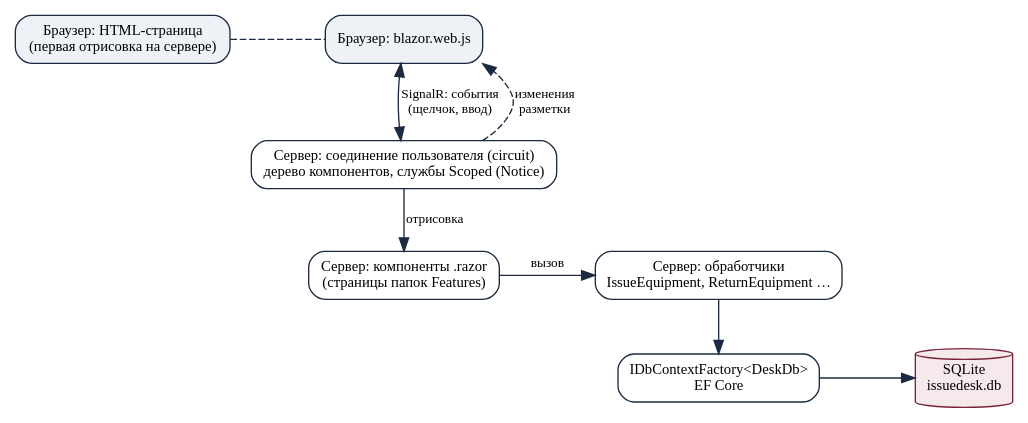
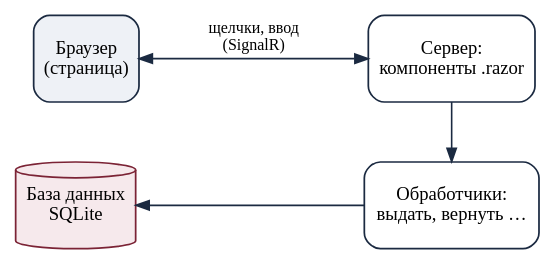
The diagram in docs/report/diagrams/blazor.dot (Black287234/KP-Nek), drawn with Graphviz before and after one commit. The commit also changed 15 other files, not shown here.

First line of the commit message:
Упрощены схемы, легенда к выделенному правилу, последний слайд — только «Спасибо за внимание»

```diff
--- a/docs/report/diagrams/blazor.dot
+++ b/docs/report/diagrams/blazor.dot
@@ -1,19 +1,13 @@
 digraph G {
-  graph [rankdir=TB, fontname="Liberation Serif", bgcolor=white, nodesep=0.5, ranksep=0.5];
-  node [shape=box, style="rounded,filled", fillcolor=white, color="#1b2a41", fontname="Liberation Serif", fontsize=11];
-  edge [fontname="Liberation Serif", fontsize=10, color="#1b2a41"];
-  dom [label="Браузер: HTML-страница\n(первая отрисовка на сервере)", fillcolor="#eef1f6"];
-  js [label="Браузер: blazor.web.js", fillcolor="#eef1f6"];
-  circ [label="Сервер: соединение пользователя (circuit)\nдерево компонентов, службы Scoped (Notice)"];
-  comp [label="Сервер: компоненты .razor\n(страницы папок Features)"];
-  hand [label="Сервер: обработчики\nIssueEquipment, ReturnEquipment …"];
-  ctx [label="IDbContextFactory<DeskDb>\nEF Core"];
-  db [label="SQLite\nissuedesk.db", shape=cylinder, fillcolor="#f6e9ec", color="#7b2335"];
-  {rank=same; dom; js}
-  {rank=same; comp; hand}
-  {rank=same; ctx; db}
-  dom -> js [style=dashed, arrowhead=none];
-  js -> circ [label=" SignalR: события\n (щелчок, ввод)", dir=both];
-  circ -> js [label=" изменения\n разметки", style=dashed, constraint=false];
-  circ -> comp [label=" отрисовка"]; comp -> hand [label=" вызов"]; hand -> ctx; ctx -> db;
+  graph [rankdir=TB, fontname="Liberation Serif", bgcolor=white, nodesep=1.2, ranksep=0.6];
+  node [shape=box, style="rounded,filled", fillcolor=white, color="#1b2a41", penwidth=1.3, fontname="Liberation Serif", fontsize=14, height=0.9];
+  edge [fontname="Liberation Serif", fontsize=12, color="#1b2a41", penwidth=1.2];
+  b [label="Браузер\n(страница)", fillcolor="#eef1f6"];
+  s [label="Сервер:\nкомпоненты .razor"];
+  h [label="Обработчики:\nвыдать, вернуть …"];
+  d [label="База данных\nSQLite", shape=cylinder, fillcolor="#f6e9ec", color="#7b2335"];
+  b -> s [label=" щелчки, ввод\n(SignalR) ", dir=both];
+  s -> h; d -> h [dir=back];
+  {rank=same; b; s}
+  {rank=same; d; h}
 }
```
